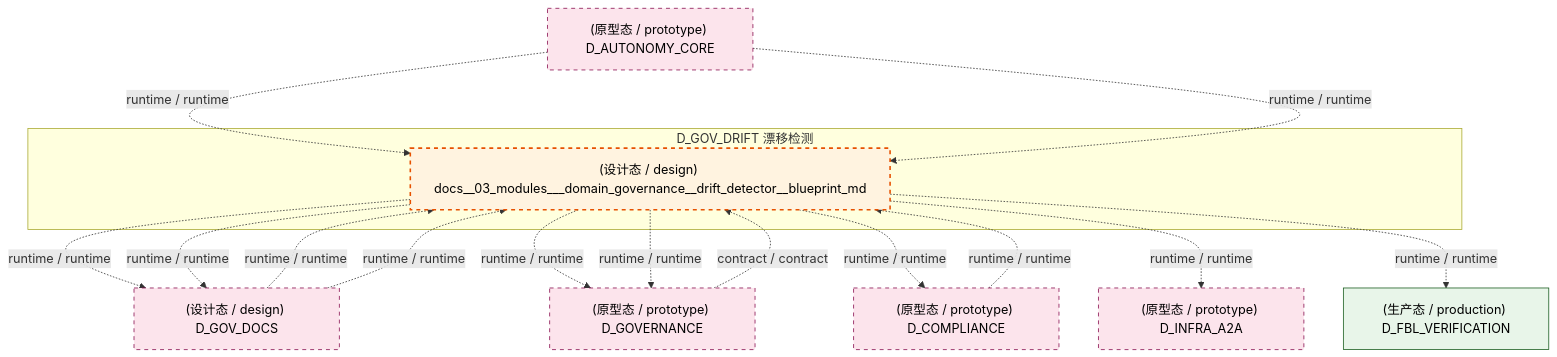
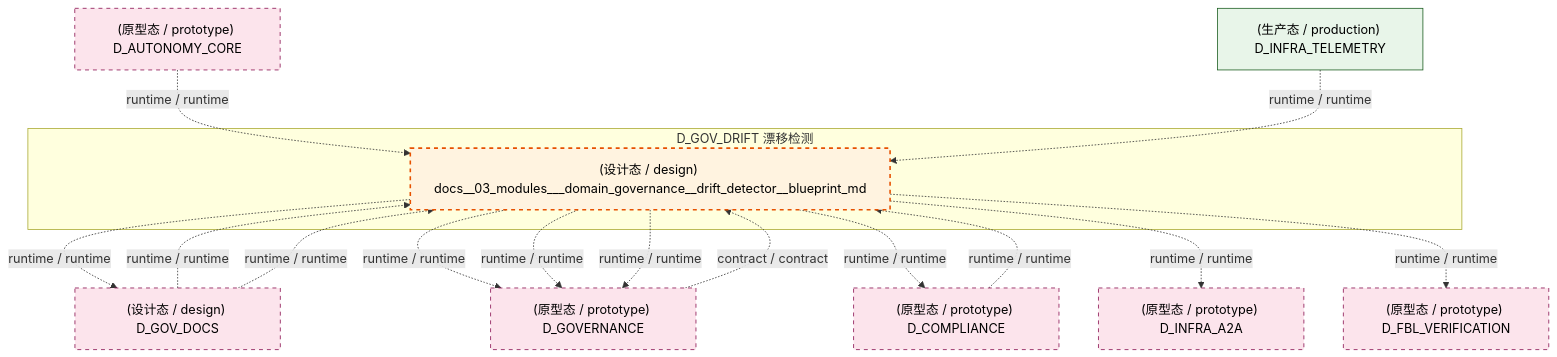
Before and after one commit to xuanFelixVan/ZephyrAlpha: the fifth of 7 diagrams in docs/02_enterprise_architecture/02_domain_architecture_docs/41_d_gov_drift.md, drawn with Mermaid. The commit also changed other lines of this file and 124 other files, not shown here.

````diff
--- a/docs/02_enterprise_architecture/02_domain_architecture_docs/41_d_gov_drift.md
+++ b/docs/02_enterprise_architecture/02_domain_architecture_docs/41_d_gov_drift.md
@@ -541,32 +544,33 @@
 ```mermaid
 graph TD
     subgraph D_GOV_DRIFT["D_GOV_DRIFT 漂移检测"]
         docs_03_modules_domain_governance_drift_detector_blueprint_md["(设计态 / design) docs__03_modules___domain_governance__drift_detector__blueprint_md"]
     end
     D_GOV_DOCS["(设计态 / design) D_GOV_DOCS"]
     docs_03_modules_domain_governance_drift_detector_blueprint_md -.->|runtime / runtime| D_GOV_DOCS
     D_GOVERNANCE["(原型态 / prototype) D_GOVERNANCE"]
     docs_03_modules_domain_governance_drift_detector_blueprint_md -.->|runtime / runtime| D_GOVERNANCE
     D_COMPLIANCE["(原型态 / prototype) D_COMPLIANCE"]
     docs_03_modules_domain_governance_drift_detector_blueprint_md -.->|runtime / runtime| D_COMPLIANCE
     D_INFRA_A2A["(原型态 / prototype) D_INFRA_A2A"]
     docs_03_modules_domain_governance_drift_detector_blueprint_md -.->|runtime / runtime| D_INFRA_A2A
-    D_FBL_VERIFICATION["(生产态 / production) D_FBL_VERIFICATION"]
+    D_FBL_VERIFICATION["(原型态 / prototype) D_FBL_VERIFICATION"]
     docs_03_modules_domain_governance_drift_detector_blueprint_md -.->|runtime / runtime| D_FBL_VERIFICATION
-    docs_03_modules_domain_governance_drift_detector_blueprint_md -.->|runtime / runtime| D_GOV_DOCS
+    docs_03_modules_domain_governance_drift_detector_blueprint_md -.->|runtime / runtime| D_GOVERNANCE
     docs_03_modules_domain_governance_drift_detector_blueprint_md -.->|runtime / runtime| D_GOVERNANCE
     D_COMPLIANCE -.->|runtime / runtime| docs_03_modules_domain_governance_drift_detector_blueprint_md
     D_GOV_DOCS -.->|runtime / runtime| docs_03_modules_domain_governance_drift_detector_blueprint_md
     D_GOV_DOCS -.->|runtime / runtime| docs_03_modules_domain_governance_drift_detector_blueprint_md
     D_GOVERNANCE -.->|contract / contract| docs_03_modules_domain_governance_drift_detector_blueprint_md
     D_AUTONOMY_CORE["(原型态 / prototype) D_AUTONOMY_CORE"]
     D_AUTONOMY_CORE -.->|runtime / runtime| docs_03_modules_domain_governance_drift_detector_blueprint_md
-    D_AUTONOMY_CORE -.->|runtime / runtime| docs_03_modules_domain_governance_drift_detector_blueprint_md
+    D_INFRA_TELEMETRY["(生产态 / production) D_INFRA_TELEMETRY"]
+    D_INFRA_TELEMETRY -.->|runtime / runtime| docs_03_modules_domain_governance_drift_detector_blueprint_md
     classDef production fill:#e1f5fe,stroke:#01579b,stroke-width:2px,color:#000
     classDef design fill:#fff3e0,stroke:#e65100,stroke-width:2px,color:#000,stroke-dasharray: 5 5
     classDef external_prod fill:#e8f5e9,stroke:#1b5e20,stroke-width:1px,color:#000
     classDef external_design fill:#fce4ec,stroke:#880e4f,stroke-width:1px,color:#000,stroke-dasharray: 5 5
     class docs_03_modules_domain_governance_drift_detector_blueprint_md design
-    class D_FBL_VERIFICATION external_prod
-    class D_GOV_DOCS,D_GOVERNANCE,D_COMPLIANCE,D_INFRA_A2A,D_AUTONOMY_CORE external_design
+    class D_INFRA_TELEMETRY external_prod
+    class D_GOV_DOCS,D_GOVERNANCE,D_COMPLIANCE,D_INFRA_A2A,D_FBL_VERIFICATION,D_AUTONOMY_CORE external_design
 ```
````
